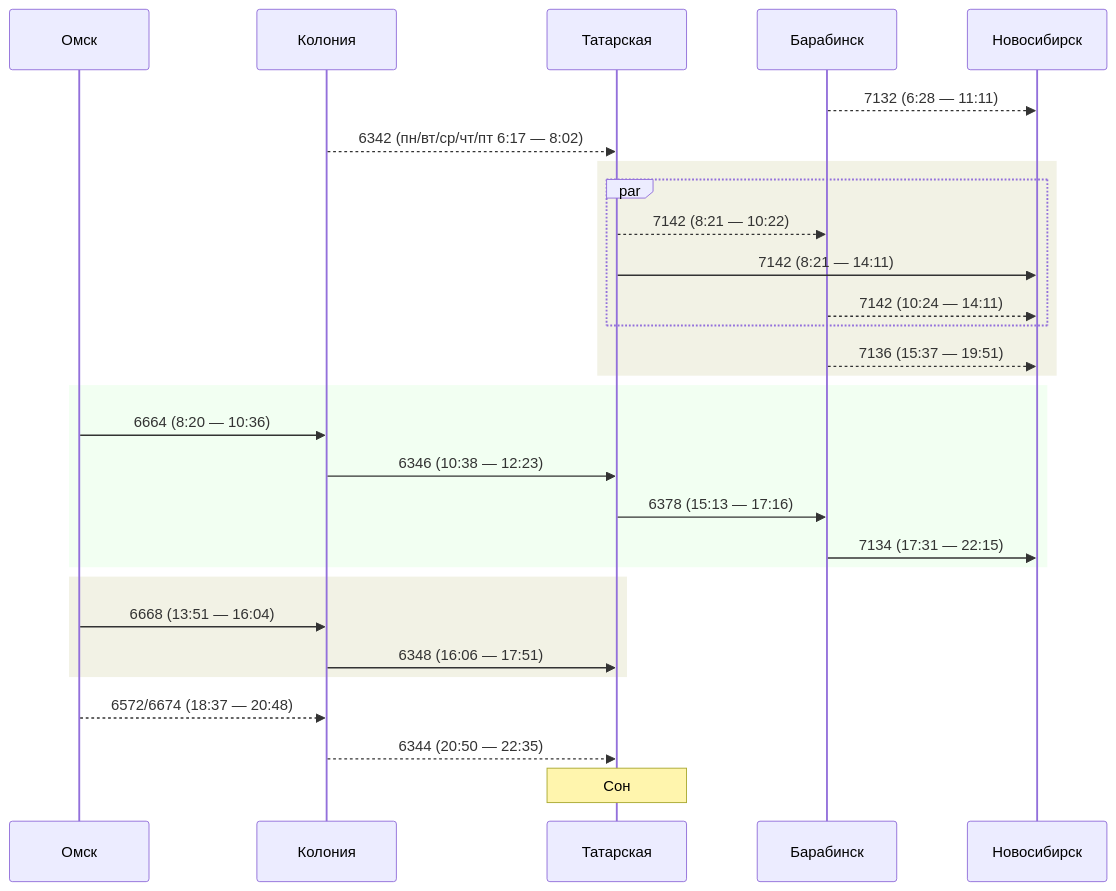
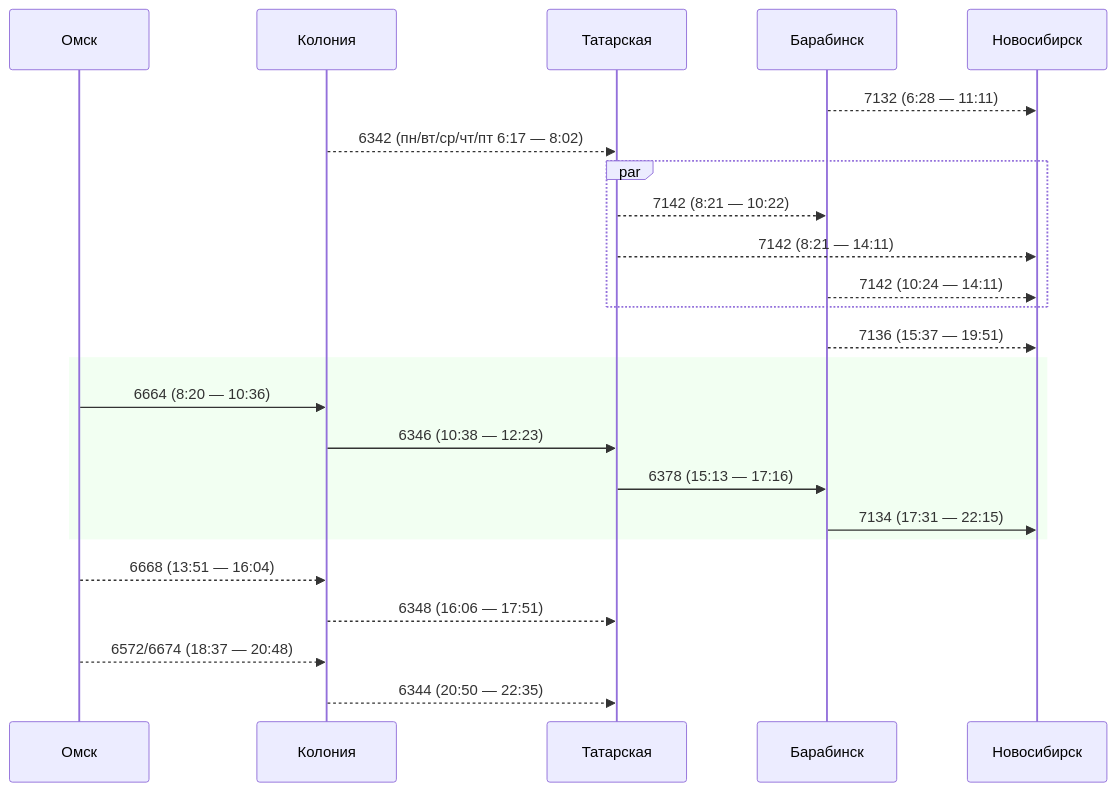
One commit to u0feff/Pezda changed the second of 18 diagrams in Schedule/Eastbound.md. Above: the diagram before and after it, drawn with Mermaid. The commit also changed other lines of this file and 7 other files, not shown here.

````diff
--- a/Schedule/Eastbound.md
+++ b/Schedule/Eastbound.md
@@ -30,37 +90,31 @@
 ```mermaid
 sequenceDiagram
     participant Омск
     participant Колония
     participant Татарская
     participant Барабинск
     participant Новосибирск
 
     Барабинск-->>Новосибирск: 7132 (6:28 — 11:11)
 
     Колония-->>Татарская: 6342 (пн/вт/ср/чт/пт 6:17 — 8:02)
-    rect rgba(127, 127, 0, 0.1)
     par
     Татарская-->>Барабинск: 7142 (8:21 — 10:22)
-    Татарская->>Новосибирск: 7142 (8:21 — 14:11)
+    Татарская-->>Новосибирск: 7142 (8:21 — 14:11)
     Барабинск-->>Новосибирск: 7142 (10:24 — 14:11)
     end
     Барабинск-->>Новосибирск: 7136 (15:37 — 19:51)
-    end
 
     rect rgba(0, 255, 0, 0.05)
     Омск->>Колония: 6664 (8:20 — 10:36)
     Колония->>Татарская: 6346 (10:38 — 12:23)
     Татарская->>Барабинск: 6378 (15:13 — 17:16)
     Барабинск->>Новосибирск: 7134 (17:31 — 22:15)
     end
 
-    rect rgba(127, 127, 0, 0.1)
-    Омск->>Колония: 6668 (13:51 — 16:04)
-    Колония->>Татарская: 6348 (16:06 — 17:51)
-    end
+    Омск-->>Колония: 6668 (13:51 — 16:04)
+    Колония-->>Татарская: 6348 (16:06 — 17:51)
 
     Омск-->>Колония: 6572/6674 (18:37 — 20:48)
     Колония-->>Татарская: 6344 (20:50 — 22:35)
-
-    Note over Татарская: Сон
 ```
````
